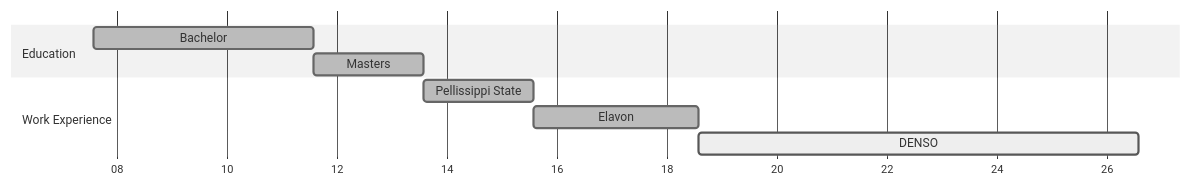
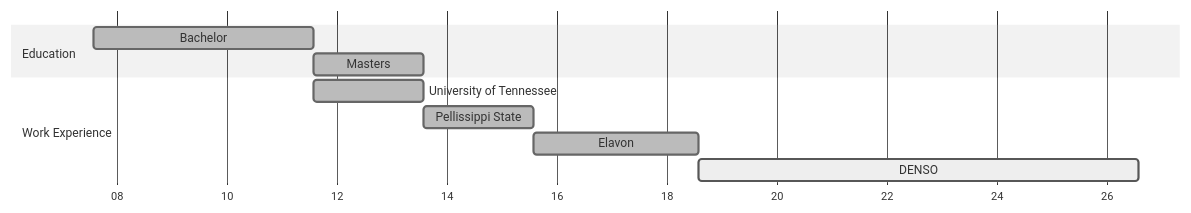
The first of 2 diagrams in qualifications.qmd (joshuacharleshyatt/personal), drawn with Mermaid before and after one commit. The commit also changed other lines of this file and 13 other files, not shown here.

````diff
--- a/qualifications.qmd
+++ b/qualifications.qmd
@@ -29,13 +29,14 @@
 ```{mermaid}
 %%{init: {'theme':'neutral'}}%%
 gantt
   dateFormat YYYY-MM
   axisformat %y
   section Education
-    Bachelor          :done, e1, 2007-08, 4y
-    Masters           :done, e2, after e1, 2y
+    Bachelor          		:done, e1, 2007-08, 4y
+    Masters           		:done, e2, after e1, 2y
   section Work Experience
-    Pellissippi State :done, w1, after e2, 2y
-    Elavon            :done, w2, after w1, 3y
-    DENSO             :active, w3, after w2, 8y
+  	University of Tennessee :done, w0, after e1, 2y
+    Pellissippi State 		:done, w1, after e2, 2y
+    Elavon            		:done, w2, after w1, 3y
+    DENSO             		:active, w3, after w2, 8.5y
 ```
````
